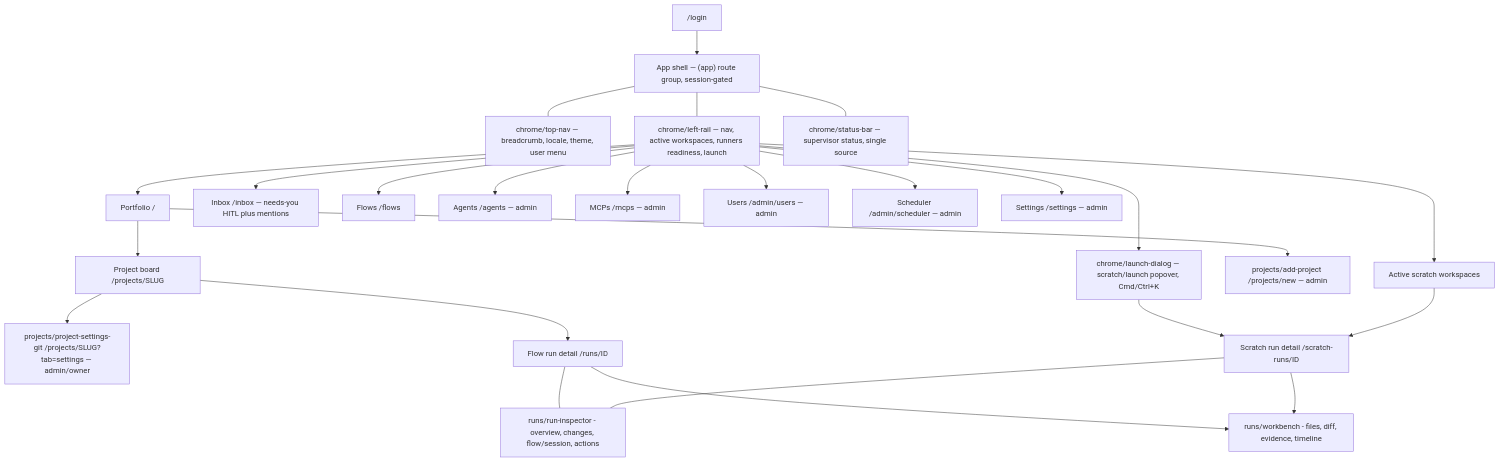
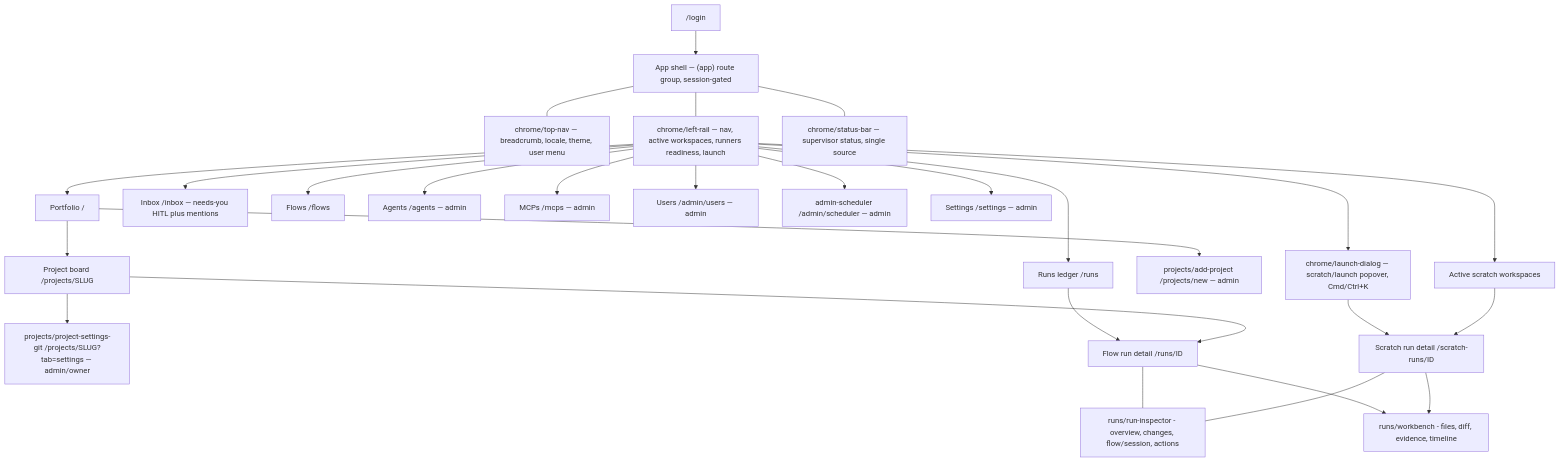
One commit to maister-dev/maister changed the diagram in docs/screens/README.md. Above: the diagram before and after it, drawn with Mermaid. The commit also changed other lines of this file and 40 other files, not shown here.

First line of the commit message:
feat(scheduler): add typed management cockpit and runs ledger

````diff
--- a/docs/screens/README.md
+++ b/docs/screens/README.md
@@ -103,31 +104,33 @@
 ```mermaid
 flowchart TD
     Login["/login"] --> Shell["App shell — (app) route group, session-gated"]
 
     Shell --- TopNav["chrome/top-nav — breadcrumb, locale, theme, user menu"]
     Shell --- Rail["chrome/left-rail — nav, active workspaces, runners readiness, launch"]
     Shell --- Status["chrome/status-bar — supervisor status, single source"]
     Rail --> Launch["chrome/launch-dialog — scratch/launch popover, Cmd/Ctrl+K"]
 
     Rail --> Portfolio["Portfolio /"]
     Rail --> Inbox["Inbox /inbox — needs-you HITL plus mentions"]
     Rail --> Flows["Flows /flows"]
     Rail --> Agents["Agents /agents — admin"]
     Rail --> Mcps["MCPs /mcps — admin"]
 
     Rail --> Users["Users /admin/users — admin"]
-    Rail --> Scheduler["Scheduler /admin/scheduler — admin"]
+    Rail --> Scheduler["admin-scheduler /admin/scheduler — admin"]
     Rail --> Settings["Settings /settings — admin"]
 
     Portfolio --> Board["Project board /projects/SLUG"]
     Portfolio --> AddProject["projects/add-project /projects/new — admin"]
     Board --> SettingsGit["projects/project-settings-git /projects/SLUG?tab=settings — admin/owner"]
+    Rail --> RunsList["Runs ledger /runs"]
+    RunsList --> FlowRun["Flow run detail /runs/ID"]
     Board --> FlowRun["Flow run detail /runs/ID"]
     Rail --> ScratchRows["Active scratch workspaces"]
     Launch --> ScratchRun["Scratch run detail /scratch-runs/ID"]
     ScratchRows --> ScratchRun
     FlowRun --- RunInspector["runs/run-inspector - overview, changes, flow/session, actions"]
     ScratchRun --- RunInspector
     FlowRun --> Workbench["runs/workbench - files, diff, evidence, timeline"]
     ScratchRun --> Workbench
 ```
````
